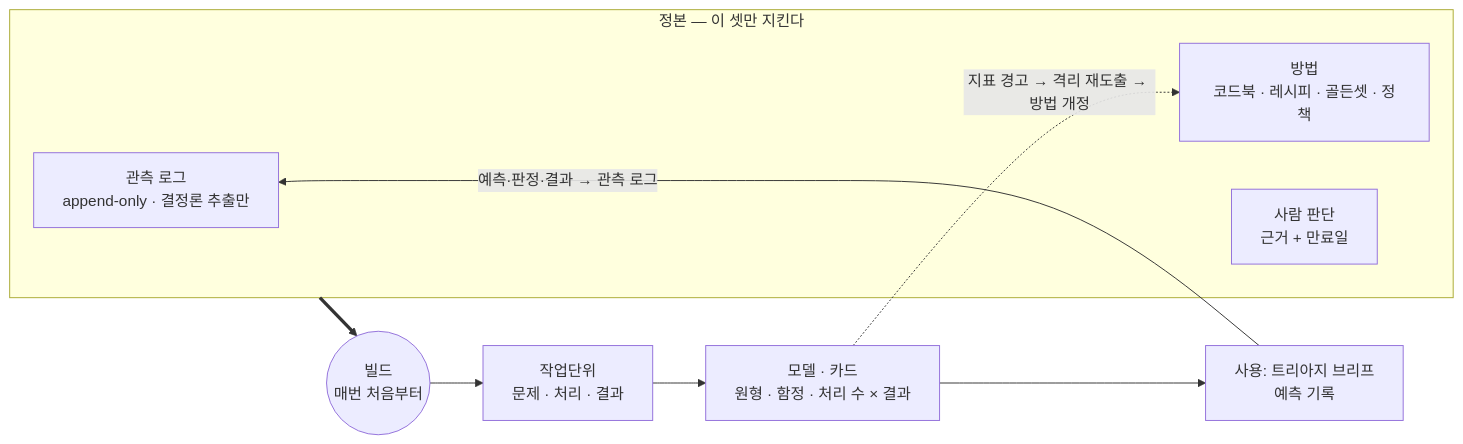
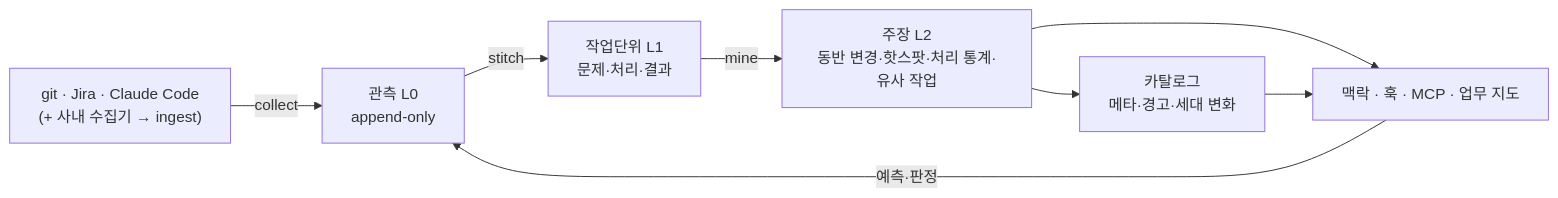
One commit to d-j-lee/work-atlas changed the diagram in README.md. Above: the diagram before and after it, drawn with Mermaid. The commit also changed other lines of this file and 55 other files, not shown here.

````diff
--- a/README.md
+++ b/README.md
@@ -24,14 +69,9 @@
 ```mermaid
 flowchart LR
-  subgraph SRC["정본 — 이 셋만 지킨다"]
-    L0["관측 로그<br/>append-only · 결정론 추출만"]
-    M["방법<br/>코드북 · 레시피 · 골든셋 · 정책"]
-    O["사람 판단<br/>근거 + 만료일"]
-  end
-  SRC ==> B(("빌드<br/>매번 처음부터"))
-  B --> WU["작업단위<br/>문제 · 처리 · 결과"]
-  WU --> C["모델 · 카드<br/>원형 · 함정 · 처리 수 × 결과"]
-  C --> U["사용: 트리아지 브리프<br/>예측 기록"]
-  U -- "예측·판정·결과 → 관측 로그" --> L0
-  C -. "지표 경고 → 격리 재도출 → 방법 개정" .-> M
+  S["git · Jira · Claude Code<br/>(+ 사내 수집기 → ingest)"] -->|collect| L0["관측 L0<br/>append-only"]
+  L0 -->|stitch| L1["작업단위 L1<br/>문제·처리·결과"]
+  L1 -->|mine| L2["주장 L2<br/>동반 변경·핫스팟·처리 통계·유사 작업"]
+  L2 --> M["카탈로그<br/>메타·경고·세대 변화"]
+  L2 & M --> C["맥락 · 훅 · MCP · 업무 지도"]
+  C -- "예측·판정" --> L0
 ```
````
